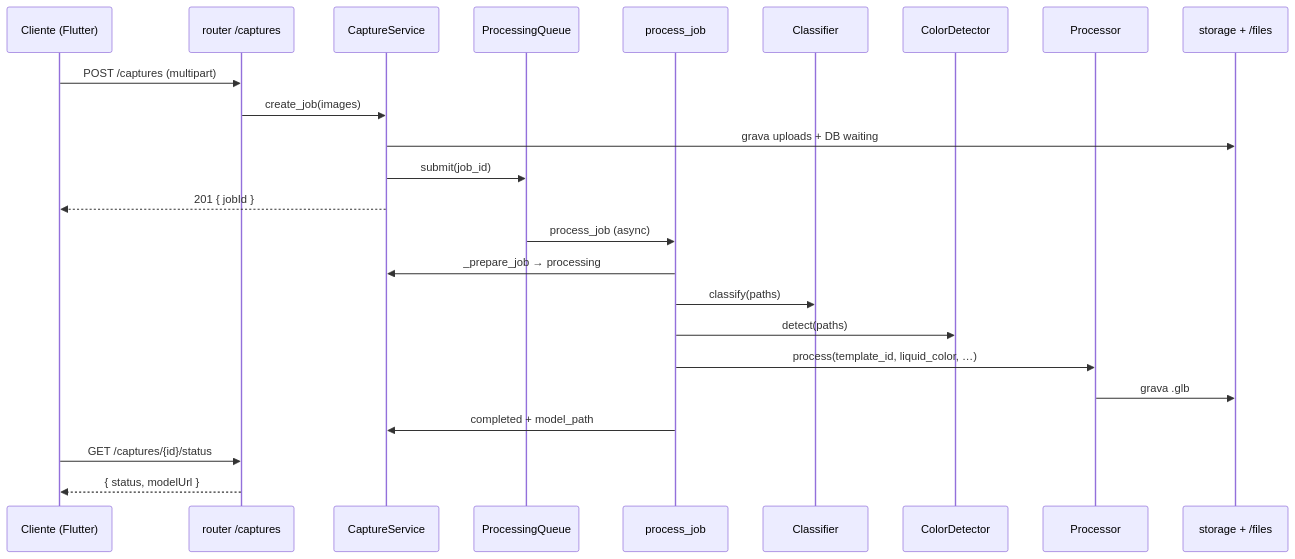
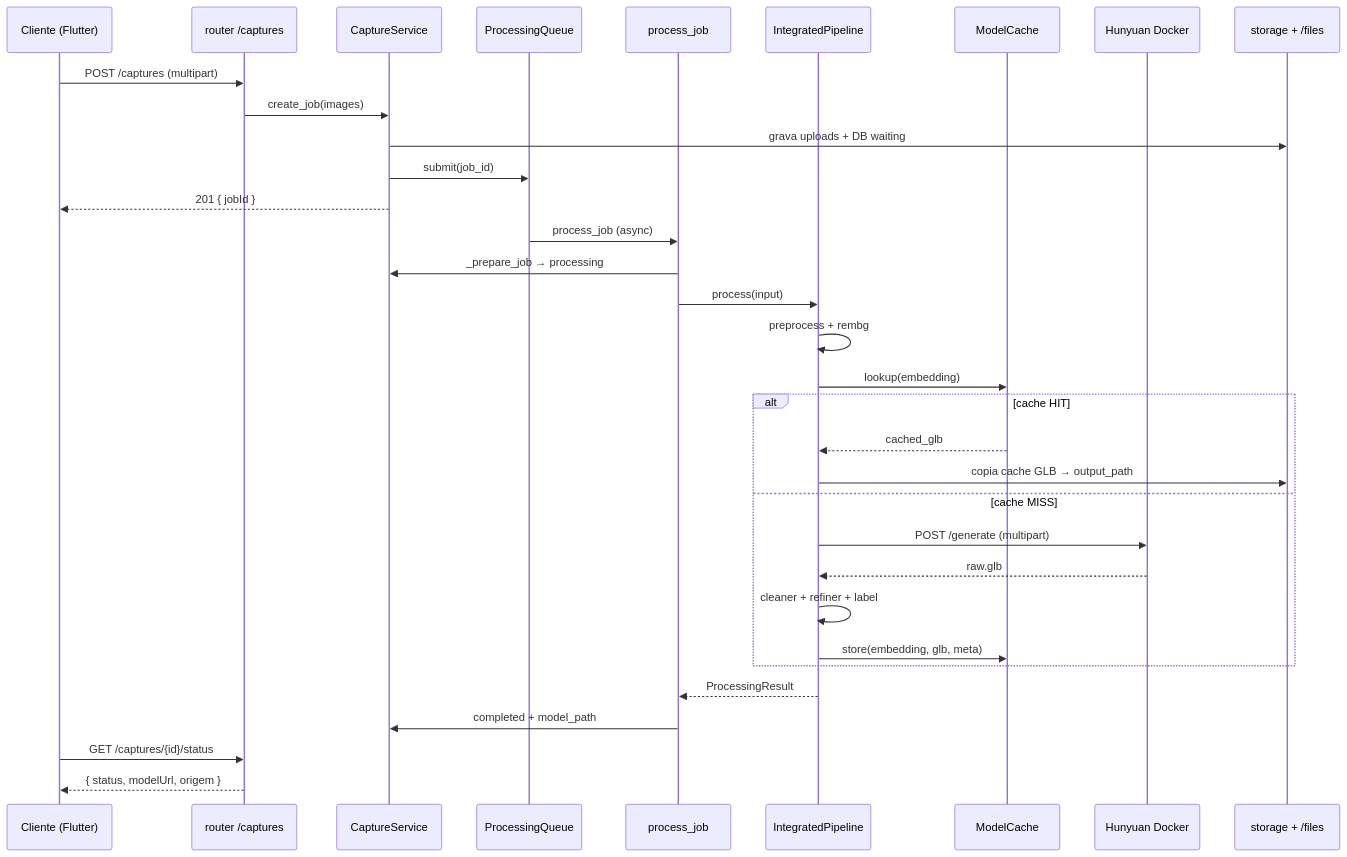
One commit to Cristovam10000/perfume-3d-backend changed the diagram in docs/05-arquitetura.md. Above: the diagram before and after it, drawn with Mermaid. The commit also changed other lines of this file and 21 other files, not shown here.

First line of the commit message:
docs: update documentation for integrated pipeline and cache system

````diff
--- a/docs/05-arquitetura.md
+++ b/docs/05-arquitetura.md
@@ -54,27 +66,36 @@
 ```mermaid
 sequenceDiagram
     participant C as Cliente (Flutter)
     participant R as router /captures
     participant S as CaptureService
     participant Q as ProcessingQueue
     participant W as process_job
-    participant Cl as Classifier
-    participant Co as ColorDetector
-    participant P as Processor
+    participant Pipe as IntegratedPipeline
+    participant Cache as ModelCache
+    participant Hun as Hunyuan Docker
     participant FS as storage + /files
 
     C->>R: POST /captures (multipart)
     R->>S: create_job(images)
     S->>FS: grava uploads + DB waiting
     S->>Q: submit(job_id)
     S-->>C: 201 { jobId }
     Q->>W: process_job (async)
     W->>S: _prepare_job → processing
-    W->>Cl: classify(paths)
-    W->>Co: detect(paths)
-    W->>P: process(template_id, liquid_color, …)
-    P->>FS: grava .glb
+    W->>Pipe: process(input)
+    Pipe->>Pipe: preprocess + rembg
+    Pipe->>Cache: lookup(embedding)
+    alt cache HIT
+        Cache-->>Pipe: cached_glb
+        Pipe->>FS: copia cache GLB → output_path
+    else cache MISS
+        Pipe->>Hun: POST /generate (multipart)
+        Hun-->>Pipe: raw.glb
+        Pipe->>Pipe: cleaner + refiner + label
+        Pipe->>Cache: store(embedding, glb, meta)
+    end
+    Pipe-->>W: ProcessingResult
     W->>S: completed + model_path
     C->>R: GET /captures/{id}/status
-    R-->>C: { status, modelUrl }
+    R-->>C: { status, modelUrl, origem }
 ```
````
